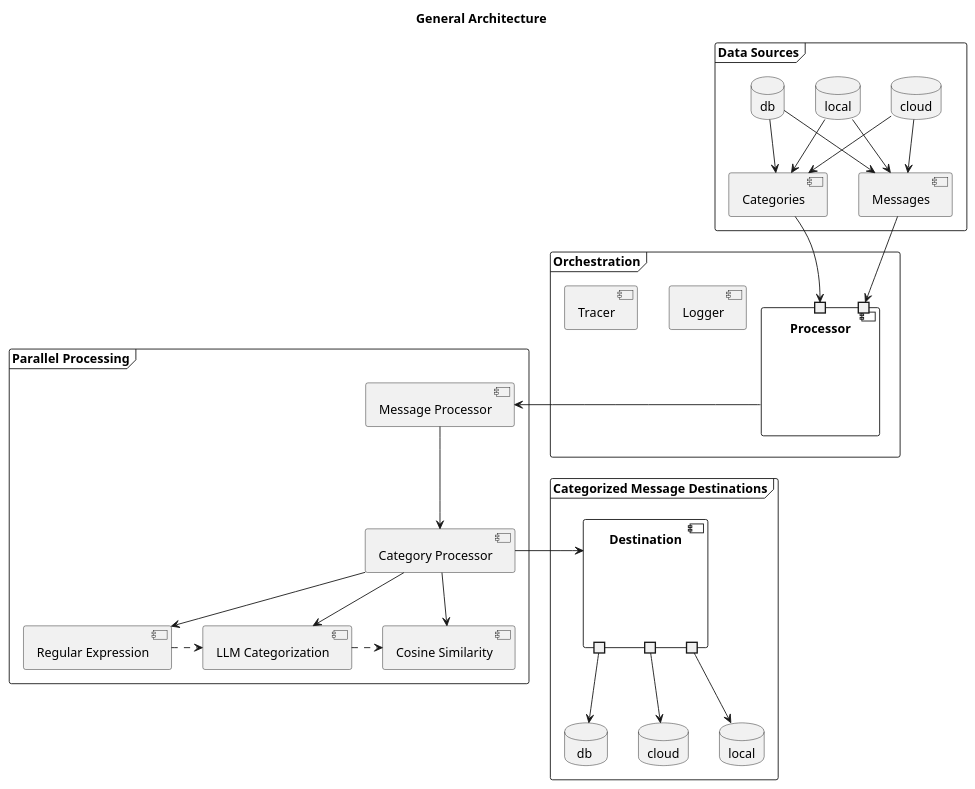
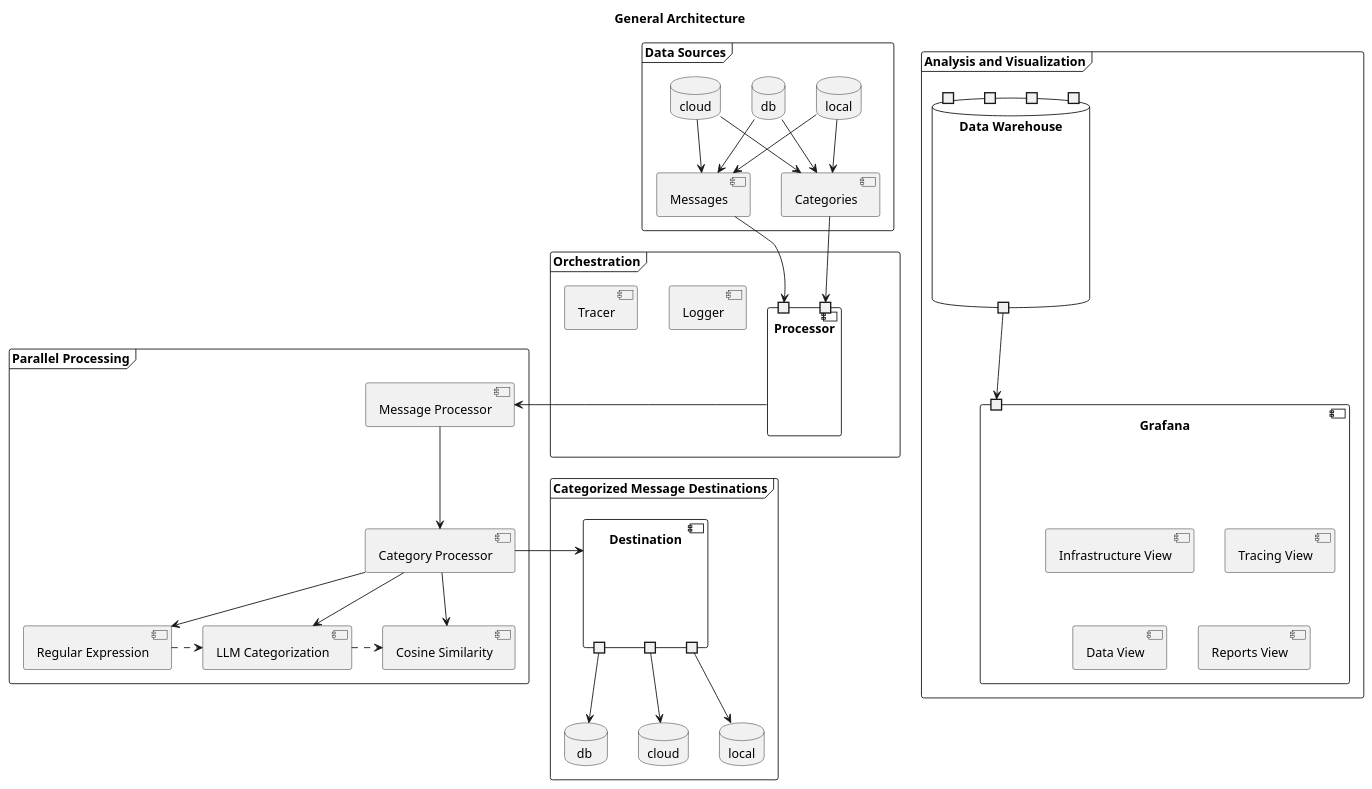
The diagram in doc/diagrams/architecture.puml (agramirez/deterministic-categorization), drawn with PlantUML before and after one commit. The commit also changed 23 other files, not shown here.

```diff
--- a/doc/diagrams/architecture.puml
+++ b/doc/diagrams/architecture.puml
@@ -1,70 +1,96 @@
 @startuml "General Architecture"
 
 title "General Architecture"
 
 frame "Data Sources" as ds {
     database db
     database cloud as s3
     database local
 
     [Categories]
     [Messages]
 
     db -down-> Messages
     db -down-> Categories
 
     s3 -down-> Messages
     s3 -down-> Categories
 
     local -down-> Messages
     local -down-> Categories
 }
 
 frame "Orchestration" as orc {
     [Logger]
     [Tracer]
     component Processor as Processor {
         port " " as cin
         port " " as min
     }
 }
 
 Messages --> cin
 Categories --> min
 
 frame "Parallel Processing" as pro {
     [Message Processor] as mp
     [Category Processor] as cp
 
     component "Regular Expression" as regex
     component "Cosine Similarity" as cosine
     component "LLM Categorization" as llm
 
     cp -down-> regex
     cp -down-> cosine
     cp -down-> llm
 
     regex ..right..> llm
     llm ..right..> cosine
 }
 
 frame "Categorized Message Destinations" as dd {
     component Destination as dest {
         portout " " as pdbd
         portout " " as ps3d
         portout " " as plocald
     }
     database " db  " as dbd
     database "cloud" as s3d
     database "local" as locald
 
     pdbd -down-> dbd
     ps3d -down-> s3d
     plocald -down-> locald
 }
 
+frame "Analysis and Visualization" {
+    database "Data Warehouse" as dw {
+        port " " as pdwds
+        port " " as pdworc
+        port " " as pdwpro
+        port " " as pdwpdd
+        portout " " as dwo
+    }
+
+    component Grafana as grafana {
+        port " " as grafanadw
+
+        component "Infrastructure View"
+        component "Tracing View"
+        component "Data View"
+        component "Reports View"
+    }
+
+    dwo -down-> grafanadw
+}
+
+dest <-right- cp
 [Processor] -> mp
 mp --> cp
-cp -right-> dest
+
+' ds -down-> pdwds
+' orc -down-> pdworc
+' pro -down-> pdwpro
+' dd -down-> pdwpdd
 
 @enduml
```
